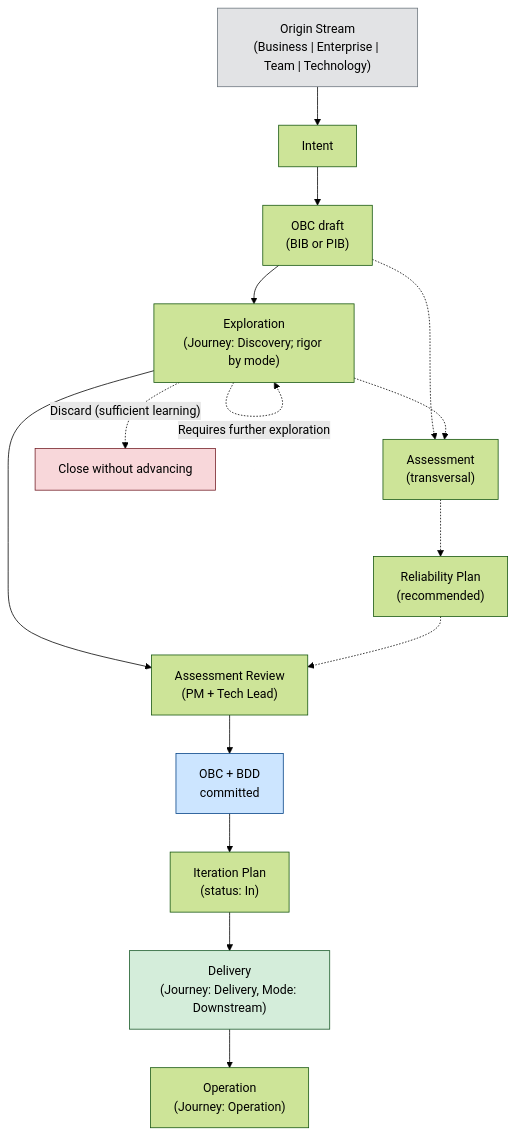
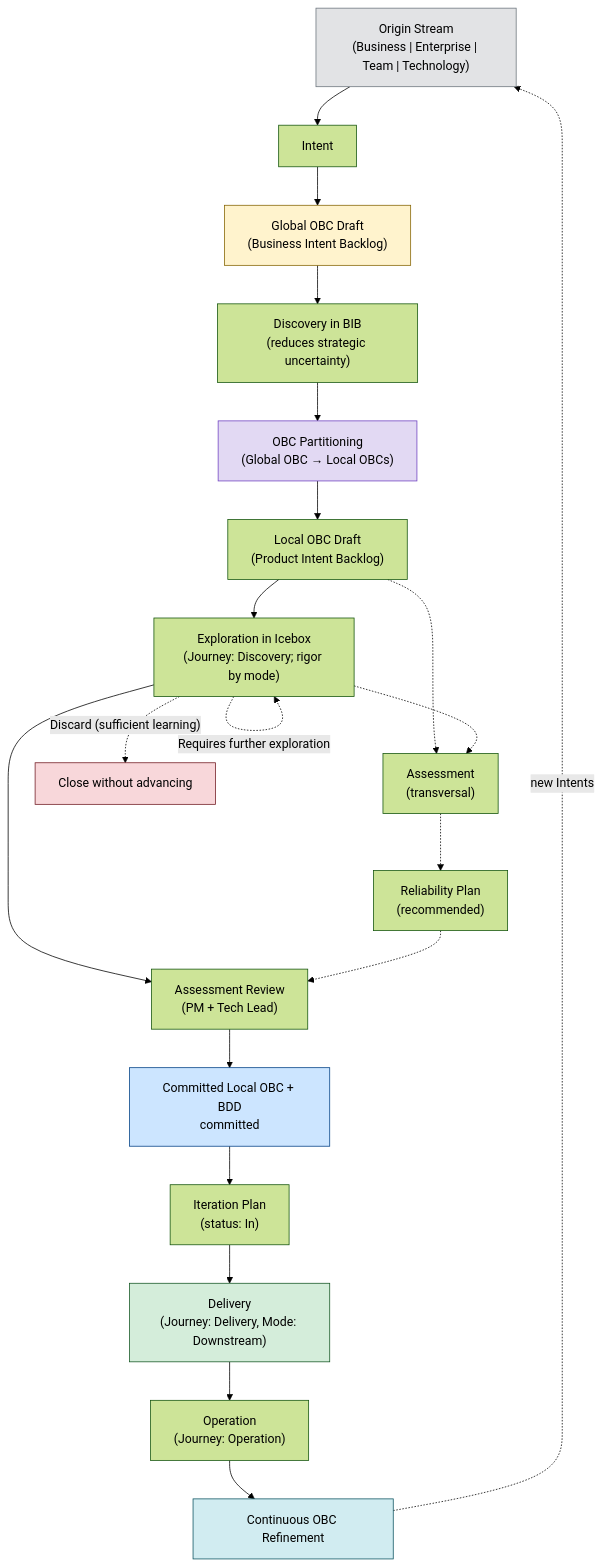
One commit to produtoreativo/payments-api changed the diagram in prodops/framework/flow.en.md. Above: the diagram before and after it, drawn with Mermaid (forest theme). The commit also changed other lines of this file and 23 other files, not shown here.

Commit message:
docs(prodops): introduce global and local obc model with templates and subdirectories

````diff
--- a/prodops/framework/flow.en.md
+++ b/prodops/framework/flow.en.md
@@ -19,35 +19,47 @@
 ```mermaid
 flowchart TD
     OS["Origin Stream\n(Business | Enterprise | Team | Technology)"]
     I["Intent"]
-    DRAFT["OBC draft\n(BIB or PIB)"]
-    EX["Exploration\n(Journey: Discovery; rigor by mode)"]
+    GBIB["Global OBC Draft\n(Business Intent Backlog)"]
+    EX1["Discovery in BIB\n(reduces strategic uncertainty)"]
+    PART["OBC Partitioning\n(Global OBC → Local OBCs)"]
+    LPIB["Local OBC Draft\n(Product Intent Backlog)"]
+    EX2["Exploration in Icebox\n(Journey: Discovery; rigor by mode)"]
     AS["Assessment\n(transversal)"]
     RP["Reliability Plan\n(recommended)"]
     REV["Assessment Review\n(PM + Tech Lead)"]
-    OBC["OBC + BDD\ncommitted"]
+    OBC["Committed Local OBC + BDD\ncommitted"]
     IP["Iteration Plan\n(status: In)"]
     D["Delivery\n(Journey: Delivery, Mode: Downstream)"]
     OP["Operation\n(Journey: Operation)"]
+    REF["Continuous OBC Refinement"]
 
     OS --> I
-    I --> DRAFT
-    DRAFT --> EX
-    EX --> REV
-    DRAFT -.-> AS
-    EX -.-> AS
+    I --> GBIB
+    GBIB --> EX1
+    EX1 --> PART
+    PART --> LPIB
+    LPIB --> EX2
+    EX2 --> REV
+    LPIB -.-> AS
+    EX2 -.-> AS
     AS -.-> RP
     RP -.-> REV
     REV --> OBC
     OBC --> IP
     IP --> D
     D --> OP
+    OP --> REF
+    REF -.->|"new Intents"| OS
 
-    EX -.->|"Discard (sufficient learning)"| X[Close without advancing]
-    EX -.->|"Requires further exploration"| EX
+    EX2 -.->|"Discard (sufficient learning)"| X[Close without advancing]
+    EX2 -.->|"Requires further exploration"| EX2
 
     style OS fill:#e2e3e5,stroke:#6c757d
+    style GBIB fill:#fff3cd,stroke:#856404
+    style PART fill:#e2d9f3,stroke:#6f42c1
     style OBC fill:#cce5ff,stroke:#004085
     style D fill:#d4edda,stroke:#155724
     style X fill:#f8d7da,stroke:#721c24
+    style REF fill:#d1ecf1,stroke:#0c5460
 ```
````
